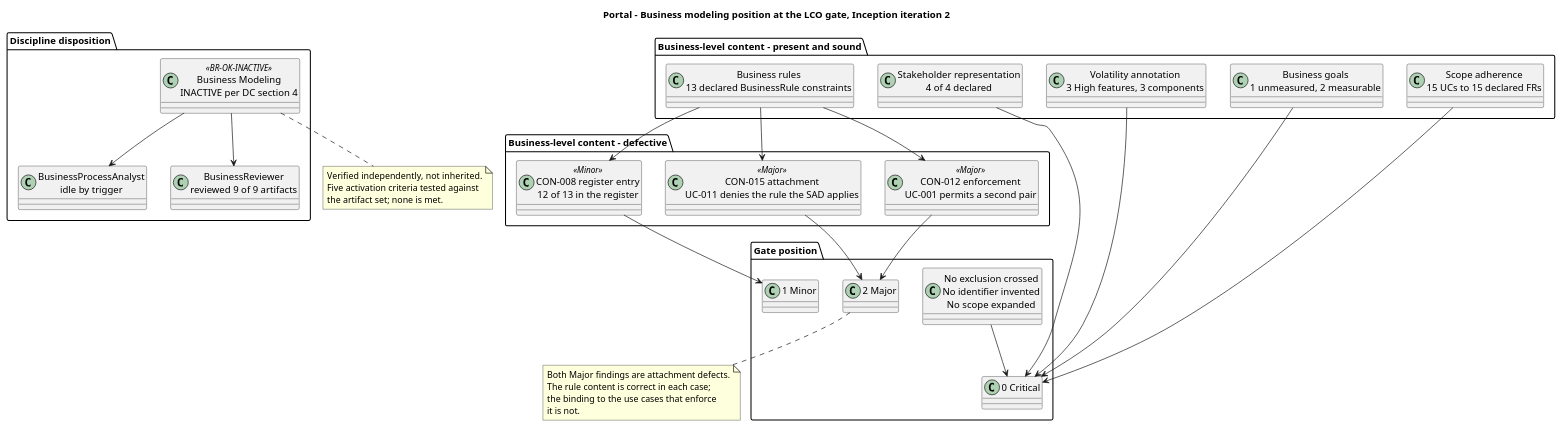
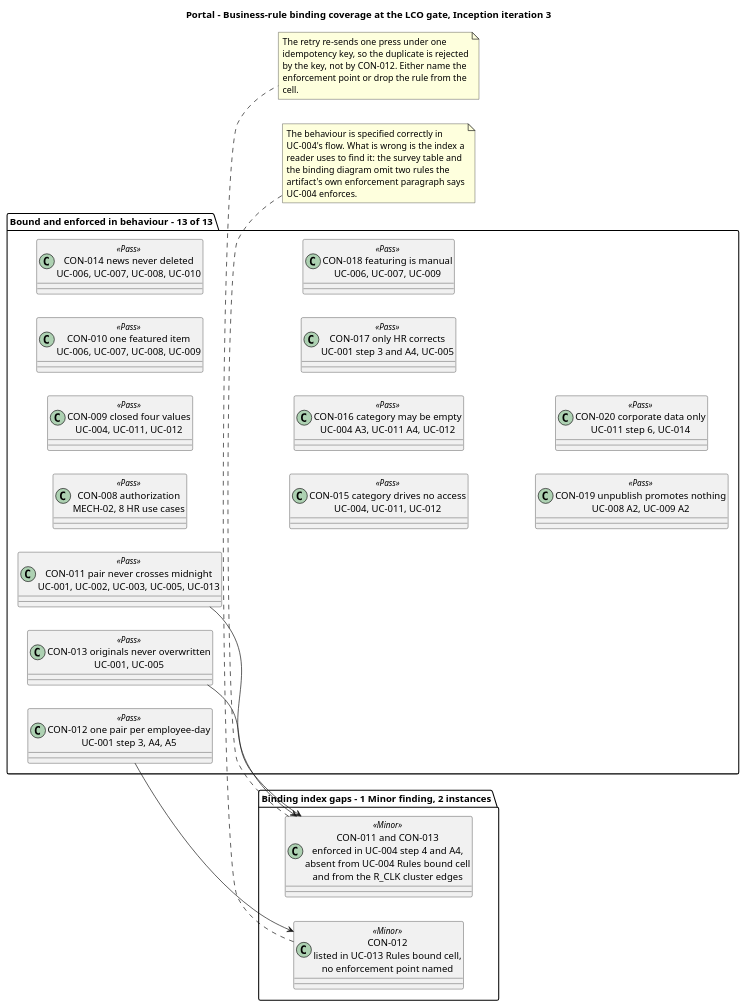
Before and after one commit to banense-test/portal: diagram 12 of 17 in docs/artifacts/project-management/review-record.md, drawn with PlantUML. The commit also changed other lines of this file, not shown here.

Commit message:
Business Reviewer [I3]: upsert Review Record
[skip ci]

````diff
--- a/docs/artifacts/project-management/review-record.md
+++ b/docs/artifacts/project-management/review-record.md
@@ -988,59 +973,49 @@
 ```plantuml
 @startuml
-title Portal - Business modeling position at the LCO gate, Inception iteration 2
+title Portal - Business-rule binding coverage at the LCO gate, Inception iteration 3
 
-package "Discipline disposition" {
-  class "Business Modeling\nINACTIVE per DC section 4" as BM <<BR-OK-INACTIVE>>
-  class "BusinessProcessAnalyst\nidle by trigger" as BPA
-  class "BusinessReviewer\nreviewed 9 of 9 artifacts" as BR
+left to right direction
+
+package "Bound and enforced in behaviour - 13 of 13" {
+  class "CON-008 authorization\nMECH-02, 8 HR use cases" as R8 <<Pass>>
+  class "CON-009 closed four values\nUC-004, UC-011, UC-012" as R9 <<Pass>>
+  class "CON-010 one featured item\nUC-006, UC-007, UC-008, UC-009" as R10 <<Pass>>
+  class "CON-011 pair never crosses midnight\nUC-001, UC-002, UC-003, UC-005, UC-013" as R11 <<Pass>>
+  class "CON-012 one pair per employee-day\nUC-001 step 3, A4, A5" as R12 <<Pass>>
+  class "CON-013 originals never overwritten\nUC-001, UC-005" as R13 <<Pass>>
+  class "CON-014 news never deleted\nUC-006, UC-007, UC-008, UC-010" as R14 <<Pass>>
+  class "CON-015 category drives no access\nUC-004, UC-011, UC-012" as R15 <<Pass>>
+  class "CON-016 category may be empty\nUC-004 A3, UC-011 A4, UC-012" as R16 <<Pass>>
+  class "CON-017 only HR corrects\nUC-001 step 3 and A4, UC-005" as R17 <<Pass>>
+  class "CON-018 featuring is manual\nUC-006, UC-007, UC-009" as R18 <<Pass>>
+  class "CON-019 unpublish promotes nothing\nUC-008 A2, UC-009 A2" as R19 <<Pass>>
+  class "CON-020 corporate data only\nUC-011 step 6, UC-014" as R20 <<Pass>>
 }
 
-package "Business-level content - present and sound" {
-  class "Business rules\n13 declared BusinessRule constraints" as C1
-  class "Stakeholder representation\n4 of 4 declared" as C2
-  class "Volatility annotation\n3 High features, 3 components" as C3
-  class "Business goals\n1 unmeasured, 2 measurable" as C4
-  class "Scope adherence\n15 UCs to 15 declared FRs" as C5
+package "Binding index gaps - 1 Minor finding, 2 instances" {
+  class "CON-011 and CON-013\nenforced in UC-004 step 4 and A4,\nabsent from UC-004 Rules bound cell\nand from the R_CLK cluster edges" as D1 <<Minor>>
+  class "CON-012\nlisted in UC-013 Rules bound cell,\nno enforcement point named" as D2 <<Minor>>
 }
 
-package "Business-level content - defective" {
-  class "CON-012 enforcement\nUC-001 permits a second pair" as D1 <<Major>>
-  class "CON-015 attachment\nUC-011 denies the rule the SAD applies" as D2 <<Major>>
-  class "CON-008 register entry\n12 of 13 in the register" as D3 <<Minor>>
-}
+R11 --> D1
+R13 --> D1
+R12 --> D2
 
-package "Gate position" {
-  class "0 Critical" as G1
-  class "2 Major" as G2
-  class "1 Minor" as G3
-  class "No exclusion crossed\nNo identifier invented\nNo scope expanded" as G4
-}
-
-BM --> BPA
-BM --> BR
-C1 --> D1
-C1 --> D2
-C1 --> D3
-D1 --> G2
-D2 --> G2
-D3 --> G3
-C2 --> G1
-C3 --> G1
-C4 --> G1
-C5 --> G1
-G4 --> G1
-
-note bottom of BM
-  Verified independently, not inherited.
-  Five activation criteria tested against
-  the artifact set; none is met.
+note bottom of D1
+  The behaviour is specified correctly in
+  UC-004's flow. What is wrong is the index a
+  reader uses to find it: the survey table and
+  the binding diagram omit two rules the
+  artifact's own enforcement paragraph says
+  UC-004 enforces.
 end note
 
-note bottom of G2
-  Both Major findings are attachment defects.
-  The rule content is correct in each case;
-  the binding to the use cases that enforce
-  it is not.
+note bottom of D2
+  The retry re-sends one press under one
+  idempotency key, so the duplicate is rejected
+  by the key, not by CON-012. Either name the
+  enforcement point or drop the rule from the
+  cell.
 end note
 @enduml
 ```
````
